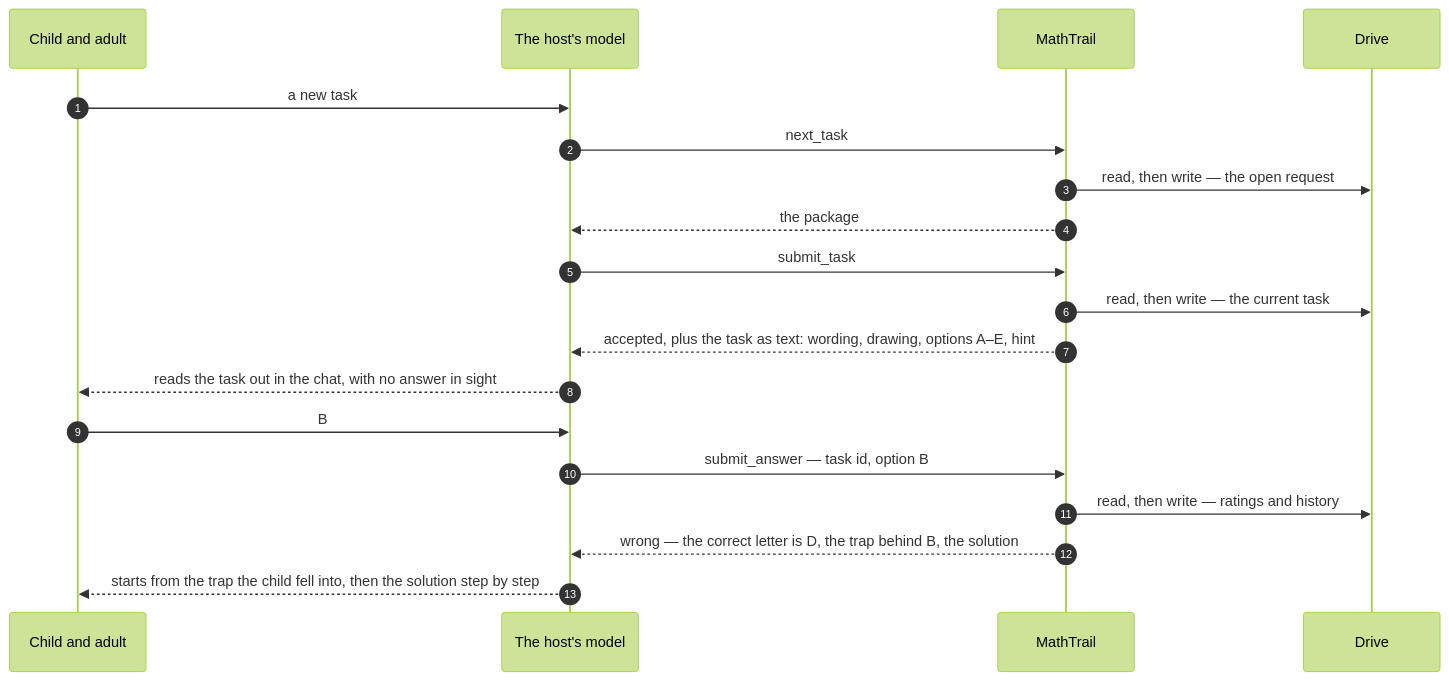
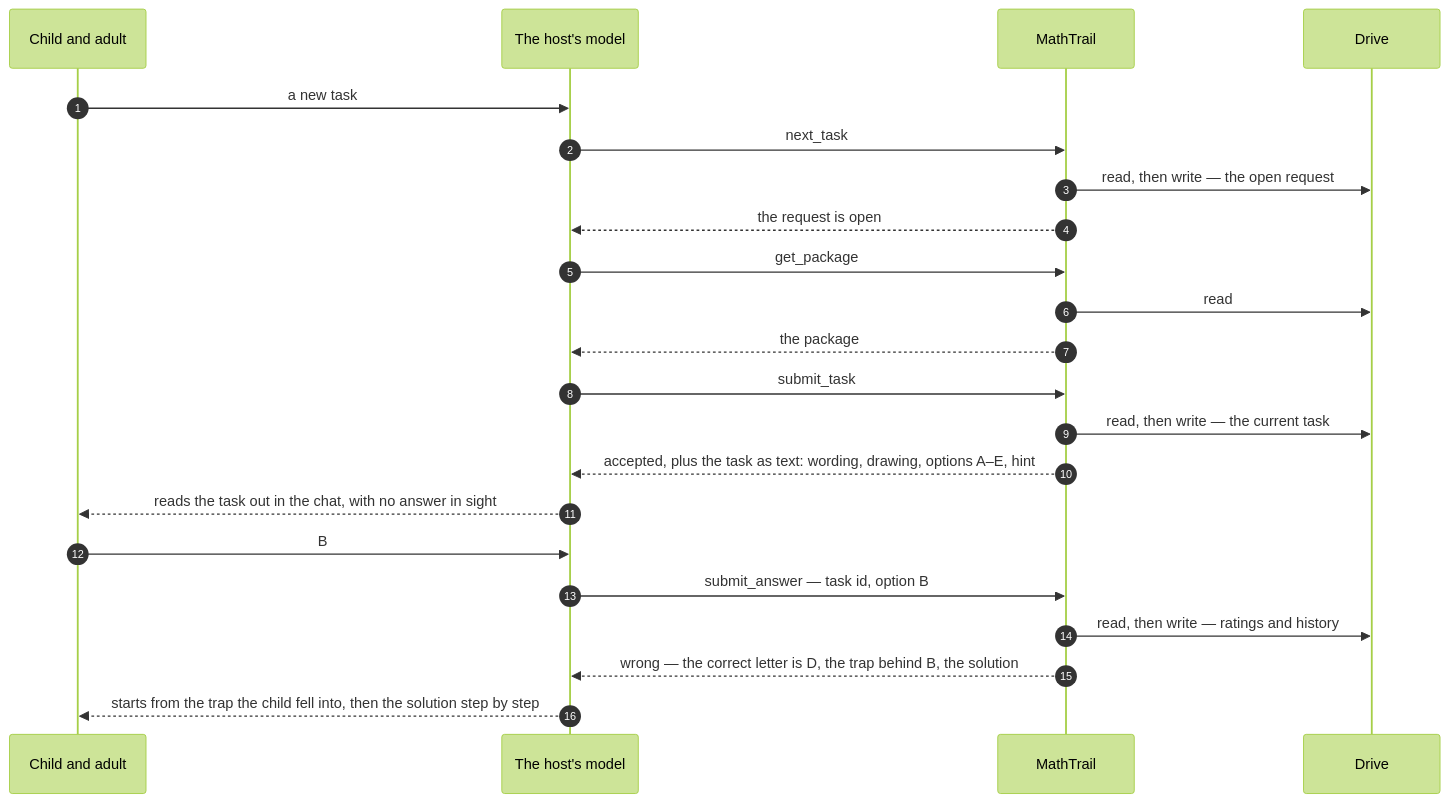
One commit to MathTrail/mathtrail-standalone changed the fourth of 6 diagrams in docs/architecture/03-flows.md. Above: the diagram before and after it, drawn with Mermaid (forest theme). The commit also changed other lines of this file and 263 other files, not shown here.

````diff
--- a/docs/architecture/03-flows.md
+++ b/docs/architecture/03-flows.md
@@ -151,22 +163,25 @@
 ```mermaid
 sequenceDiagram
     autonumber
     participant K as Child and adult
     participant M as The host's model
     participant MT as MathTrail
     participant D as Drive
 
     K->>M: a new task
     M->>MT: next_task
     MT->>D: read, then write — the open request
+    MT-->>M: the request is open
+    M->>MT: get_package
+    MT->>D: read
     MT-->>M: the package
     M->>MT: submit_task
     MT->>D: read, then write — the current task
     MT-->>M: accepted, plus the task as text: wording, drawing, options A–E, hint
     M-->>K: reads the task out in the chat, with no answer in sight
     K->>M: B
     M->>MT: submit_answer — task id, option B
     MT->>D: read, then write — ratings and history
     MT-->>M: wrong — the correct letter is D, the trap behind B, the solution
     M-->>K: starts from the trap the child fell into, then the solution step by step
 ```
````
